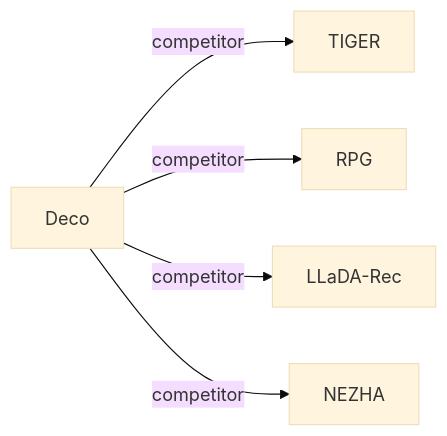
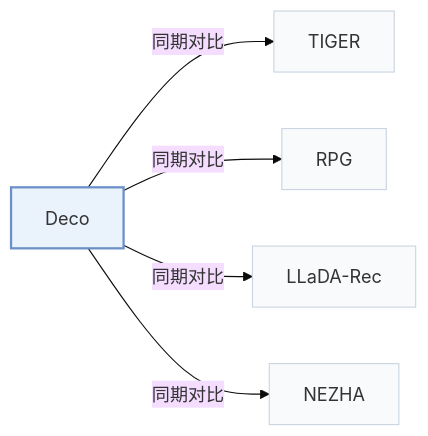
The second of 2 diagrams in pages/zh/papers/deco.md (Galaxy-ghost/Awesome-SID-Generative-Rec), drawn with Mermaid (base theme) before and after one commit. The commit also changed other lines of this file and 649 other files, not shown here.

Commit message:
writer-05: also tags and modality index (schema, check, build, visuals); summary field removed; calibration data for 12 papers

````diff
--- a/pages/zh/papers/deco.md
+++ b/pages/zh/papers/deco.md
@@ -70,8 +74,12 @@
 ```mermaid
 flowchart LR
     P["Deco"]
-    P -->|competitor| A["TIGER"]
-    P -->|competitor| B["RPG"]
-    P -->|competitor| C["LLaDA-Rec"]
-    P -->|competitor| D["NEZHA"]
+    P -->|"同期对比"| A["TIGER"]
+    P -->|"同期对比"| B["RPG"]
+    P -->|"同期对比"| C["LLaDA-Rec"]
+    P -->|"同期对比"| D["NEZHA"]
+    classDef main fill:#eaf2fb,stroke:#6b8fc7,stroke-width:2px
+    classDef peer fill:#f8fafc,stroke:#cbd5e1
+    class P main
+    class A,B,C,D peer
 ```
````
